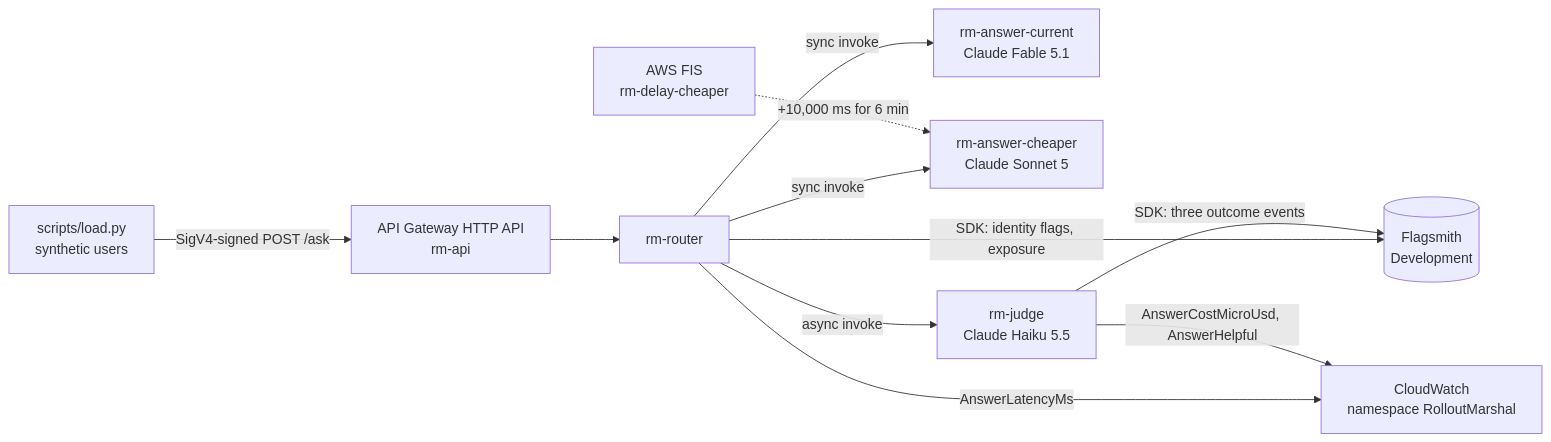
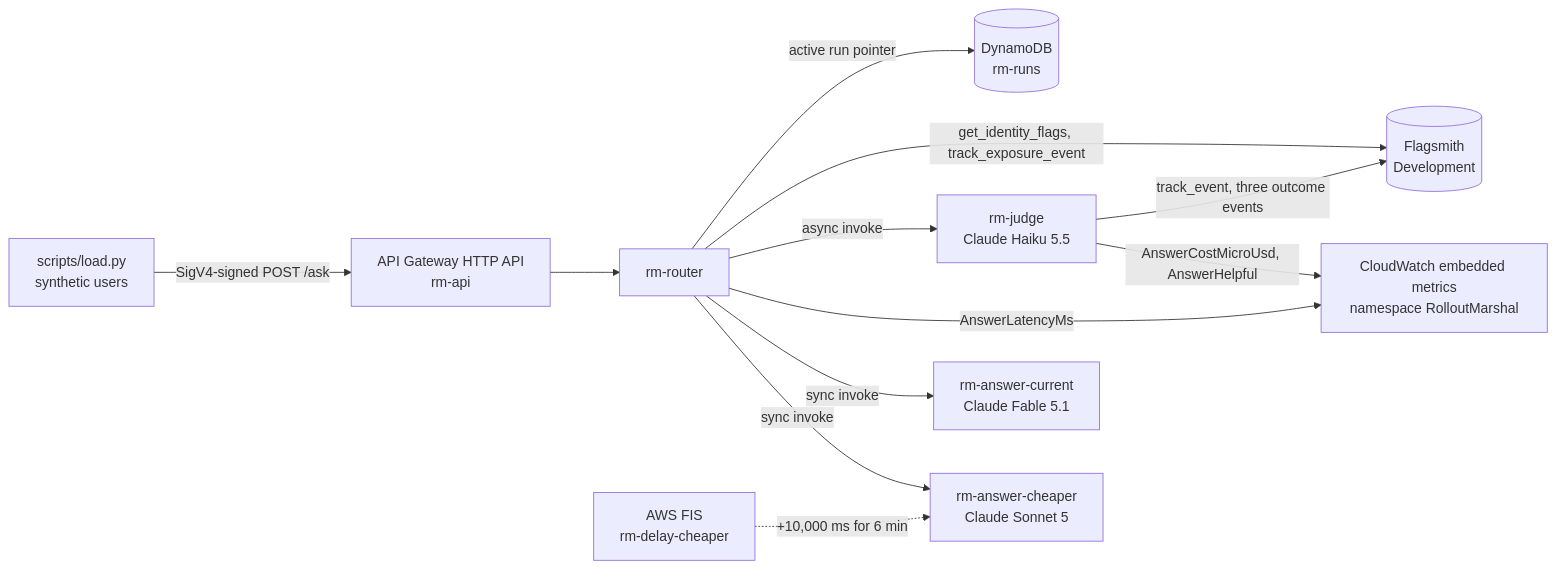
One commit to abebars/rollout-marshal changed the second of 4 diagrams in README.md. Above: the diagram before and after it, drawn with Mermaid. The commit also changed other lines of this file, not shown here.

````diff
--- a/README.md
+++ b/README.md
@@ -169,13 +256,14 @@
 ```mermaid
 flowchart LR
   load["scripts/load.py<br/>synthetic users"] -->|"SigV4-signed POST /ask"| api["API Gateway HTTP API<br/>rm-api"]
   api --> router["rm-router"]
+  router -->|"active run pointer"| runs[("DynamoDB<br/>rm-runs")]
+  router -->|"get_identity_flags, track_exposure_event"| flagsmith[("Flagsmith<br/>Development")]
+  router -->|"async invoke"| judge["rm-judge<br/>Claude Haiku 5.5"]
+  judge -->|"track_event, three outcome events"| flagsmith
+  judge -->|"AnswerCostMicroUsd, AnswerHelpful"| cw["CloudWatch embedded metrics<br/>namespace RolloutMarshal"]
+  router -->|"AnswerLatencyMs"| cw
   router -->|"sync invoke"| current["rm-answer-current<br/>Claude Fable 5.1"]
   router -->|"sync invoke"| cheaper["rm-answer-cheaper<br/>Claude Sonnet 5"]
-  router -->|"async invoke"| judge["rm-judge<br/>Claude Haiku 5.5"]
-  router -->|"SDK: identity flags, exposure"| flagsmith[("Flagsmith<br/>Development")]
-  judge -->|"SDK: three outcome events"| flagsmith
-  router -->|"AnswerLatencyMs"| cw["CloudWatch<br/>namespace RolloutMarshal"]
-  judge -->|"AnswerCostMicroUsd, AnswerHelpful"| cw
   fis["AWS FIS<br/>rm-delay-cheaper"] -.->|"+10,000 ms for 6 min"| cheaper
 ```
````
